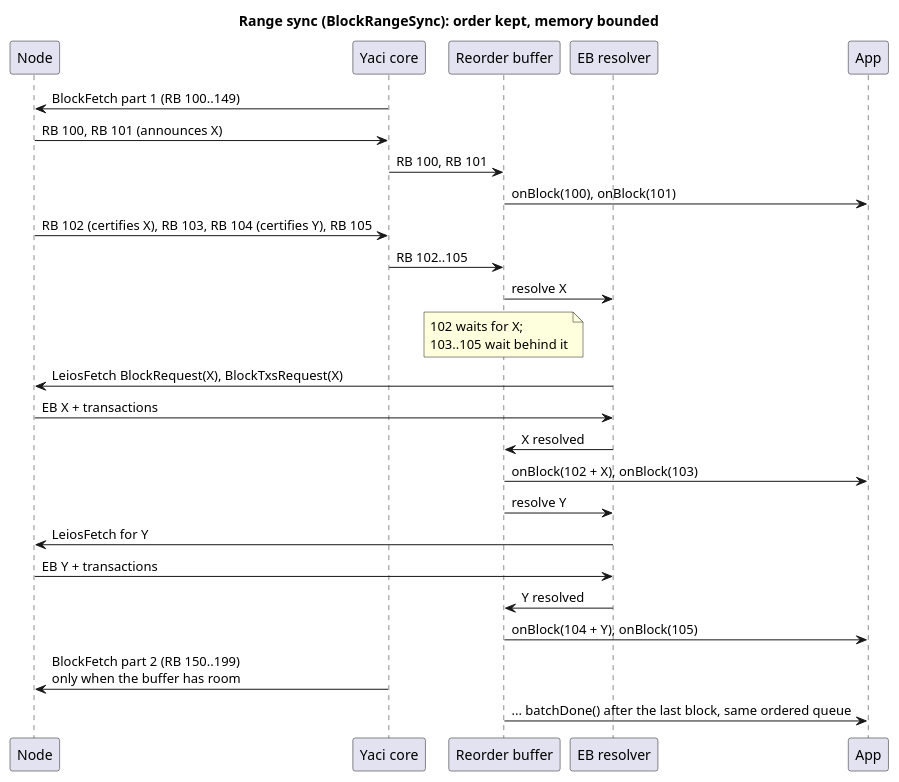
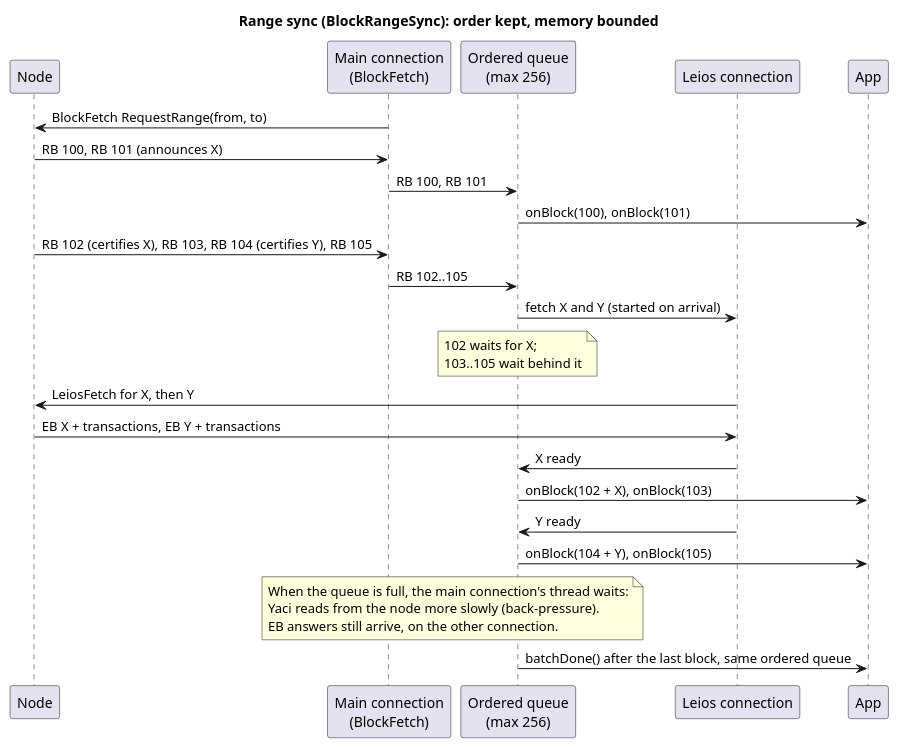
The diagram in docs/leios/diagrams/6-range-sync.puml (bloxbean/yaci), drawn with PlantUML before and after one commit. The commit also changed 17 other files, not shown here.

```diff
--- a/docs/leios/diagrams/6-range-sync.puml
+++ b/docs/leios/diagrams/6-range-sync.puml
@@ -1,31 +1,32 @@
 @startuml 6-range-sync
 skinparam defaultFontName Helvetica
 skinparam shadowing false
 skinparam sequenceMessageAlign left
 title Range sync (BlockRangeSync): order kept, memory bounded
 participant "Node" as N
-participant "Yaci core" as C
-participant "Reorder buffer" as B
-participant "EB resolver" as R
+participant "Main connection\n(BlockFetch)" as C
+participant "Ordered queue\n(max 256)" as B
+participant "Leios connection" as R
 participant "App" as P
 
-C -> N : BlockFetch part 1 (RB 100..149)
+C -> N : BlockFetch RequestRange(from, to)
 N -> C : RB 100, RB 101 (announces X)
 C -> B : RB 100, RB 101
 B -> P : onBlock(100), onBlock(101)
 N -> C : RB 102 (certifies X), RB 103, RB 104 (certifies Y), RB 105
 C -> B : RB 102..105
-B -> R : resolve X
+B -> R : fetch X and Y (started on arrival)
 note over B : 102 waits for X;\n103..105 wait behind it
-R -> N : LeiosFetch BlockRequest(X), BlockTxsRequest(X)
-N -> R : EB X + transactions
-R -> B : X resolved
+R -> N : LeiosFetch for X, then Y
+N -> R : EB X + transactions, EB Y + transactions
+R -> B : X ready
 B -> P : onBlock(102 + X), onBlock(103)
-B -> R : resolve Y
-R -> N : LeiosFetch for Y
-N -> R : EB Y + transactions
-R -> B : Y resolved
+R -> B : Y ready
 B -> P : onBlock(104 + Y), onBlock(105)
-C -> N : BlockFetch part 2 (RB 150..199)\nonly when the buffer has room
-B -> P : ... batchDone() after the last block, same ordered queue
+note over C, B
+  When the queue is full, the main connection's thread waits:
+  Yaci reads from the node more slowly (back-pressure).
+  EB answers still arrive, on the other connection.
+end note
+B -> P : batchDone() after the last block, same ordered queue
 @enduml
```
